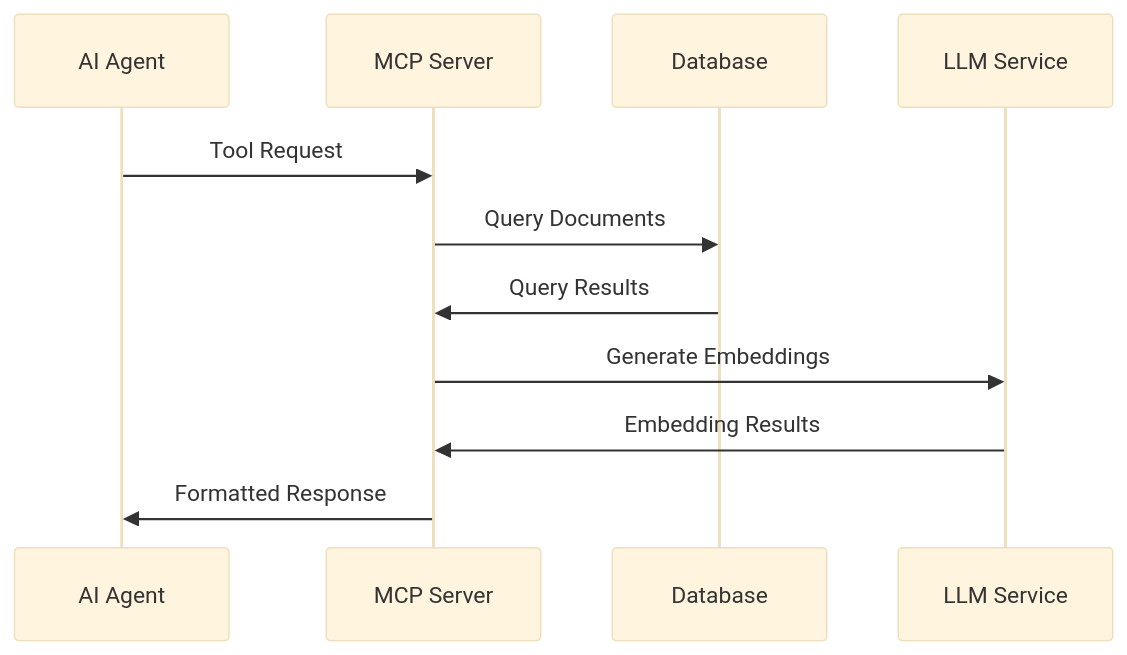
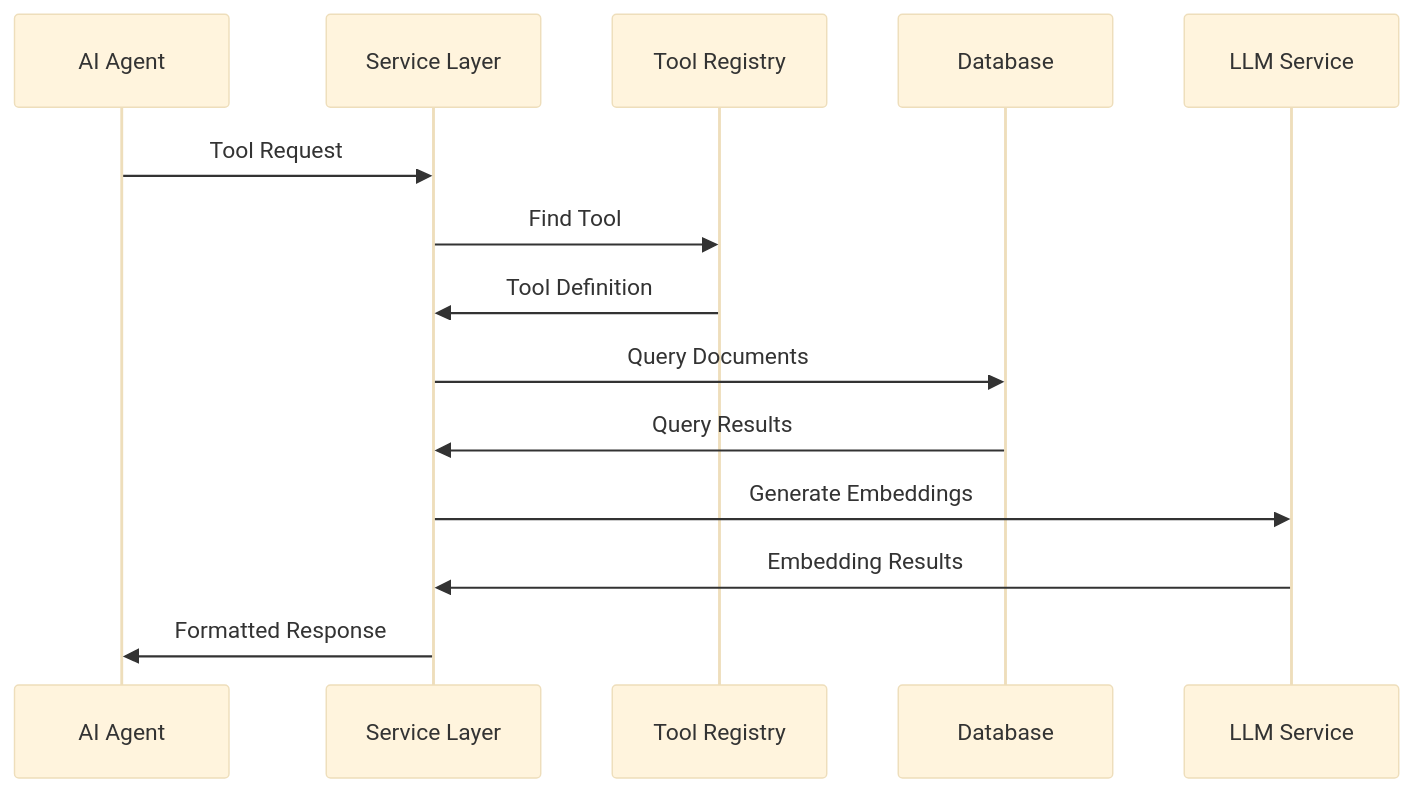
Before and after one commit to Mootikins/crucible: the fourth of 5 diagrams in docs/ARCHITECTURE.md, drawn with Mermaid (base theme). The commit also changed other lines of this file and 83 other files, not shown here.

````diff
--- a/docs/ARCHITECTURE.md
+++ b/docs/ARCHITECTURE.md
@@ -173,14 +204,17 @@
 ```mermaid
 sequenceDiagram
     participant AI as AI Agent
-    participant MCP as MCP Server
+    participant Service as Service Layer
+    participant Tool as Tool Registry
     participant DB as Database
     participant LLM as LLM Service
 
-    AI->>MCP: Tool Request
-    MCP->>DB: Query Documents
-    DB->>MCP: Query Results
-    MCP->>LLM: Generate Embeddings
-    LLM->>MCP: Embedding Results
-    MCP->>AI: Formatted Response
+    AI->>Service: Tool Request
+    Service->>Tool: Find Tool
+    Tool->>Service: Tool Definition
+    Service->>DB: Query Documents
+    DB->>Service: Query Results
+    Service->>LLM: Generate Embeddings
+    LLM->>Service: Embedding Results
+    Service->>AI: Formatted Response
 ```
````
